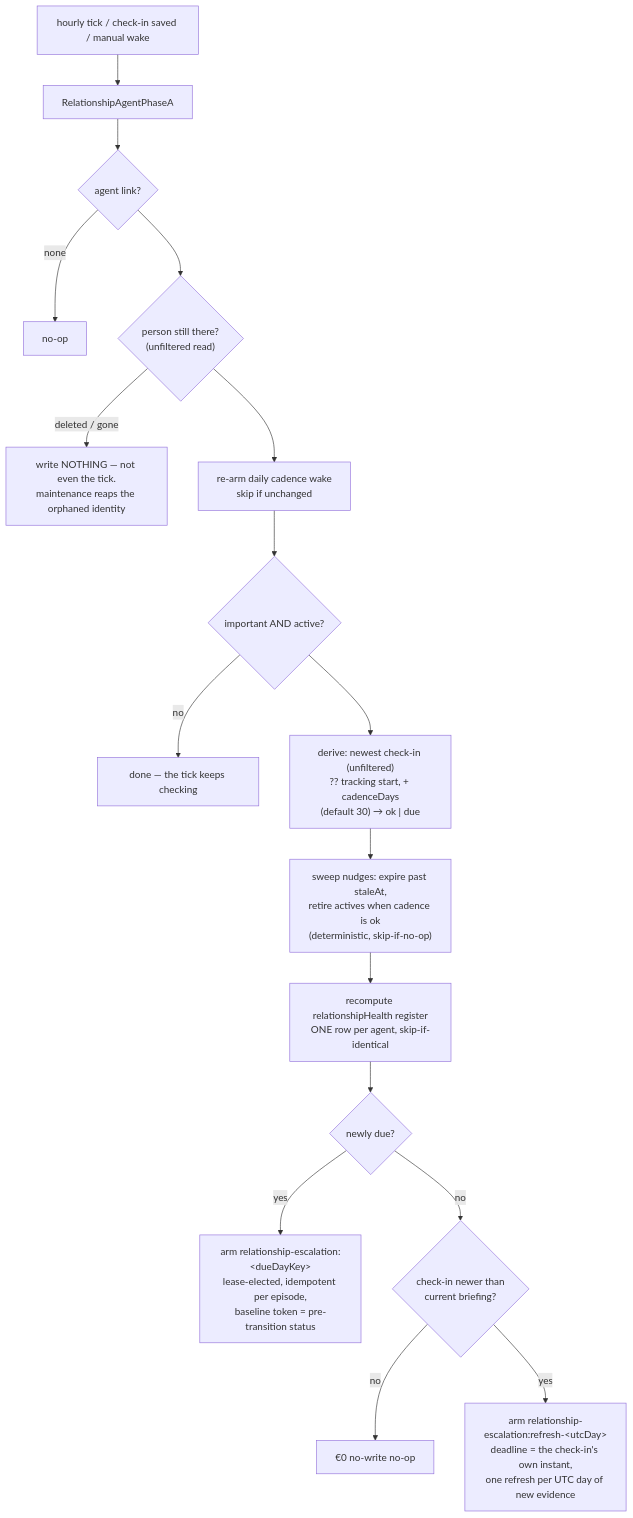
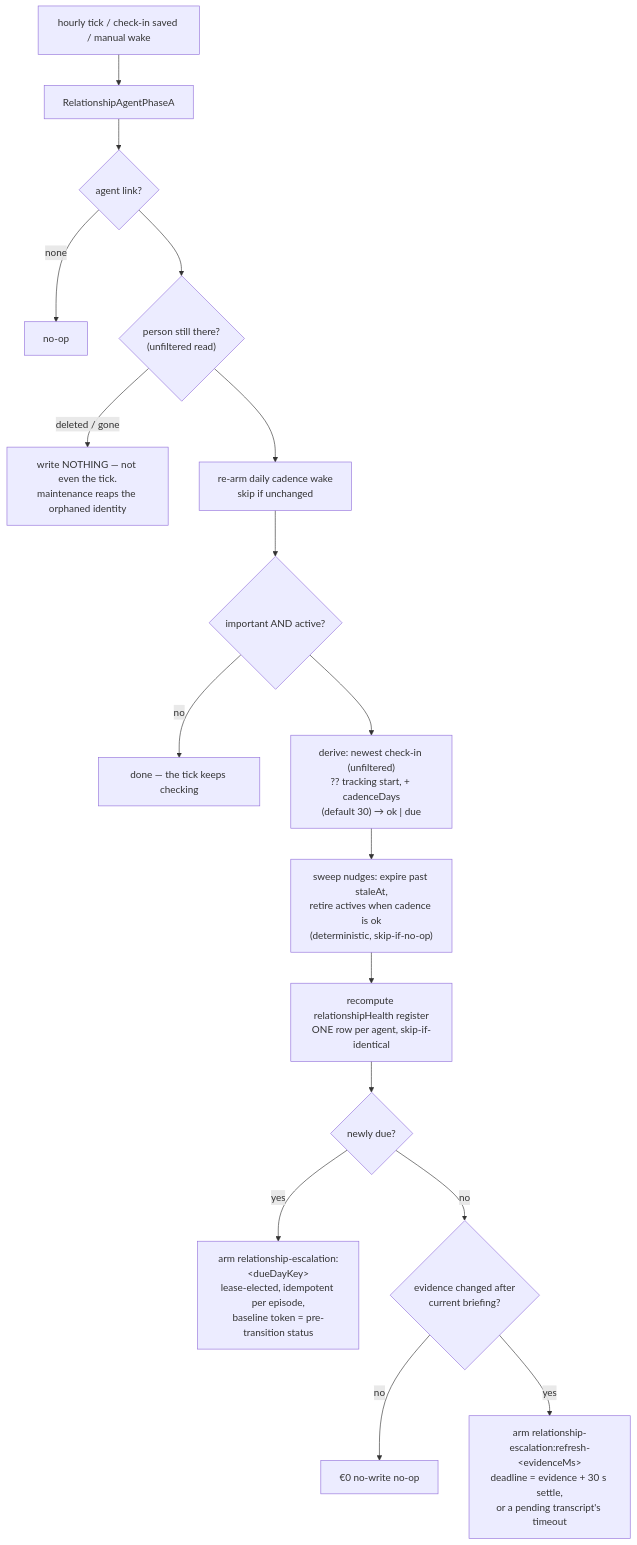
Before and after one commit to matthiasn/lotti: the fifth of 13 diagrams in knowledge/features/relationships.md, drawn with Mermaid. The commit also changed other lines of this file and 16 other files, not shown here.

First line of the commit message:
feat(relationships): let check-ins hold entries and brief on changed evidence

````diff
--- a/knowledge/features/relationships.md
+++ b/knowledge/features/relationships.md
@@ -583,19 +614,19 @@
 ```mermaid
 flowchart TD
   T[hourly tick / check-in saved / manual wake] --> A[RelationshipAgentPhaseA]
   A --> L{agent link?}
   L -->|none| OK1[no-op]
   L --> G{"person still there?<br/>(unfiltered read)"}
   G -->|"deleted / gone"| STOP["write NOTHING — not even the tick.<br/>maintenance reaps the orphaned identity"]
   G --> R[re-arm daily cadence wake<br/>skip if unchanged]
   R --> E{important AND active?}
   E -->|no| OK2[done — the tick keeps checking]
   E --> D["derive: newest check-in (unfiltered)<br/>?? tracking start, + cadenceDays<br/>(default 30) → ok | due"]
   D --> SW["sweep nudges: expire past staleAt,<br/>retire actives when cadence is ok<br/>(deterministic, skip-if-no-op)"]
   SW --> REG["recompute relationshipHealth register<br/>ONE row per agent, skip-if-identical"]
   REG --> N{"newly due?"}
   N -->|yes| ESC["arm relationship-escalation:&lt;dueDayKey&gt;<br/>lease-elected, idempotent per episode,<br/>baseline token = pre-transition status"]
-  N -->|no| ST{"check-in newer than<br/>current briefing?"}
+  N -->|no| ST{"evidence changed after<br/>current briefing?"}
   ST -->|no| OK3[€0 no-write no-op]
-  ST -->|yes| REF["arm relationship-escalation:refresh-&lt;utcDay&gt;<br/>deadline = the check-in's own instant,<br/>one refresh per UTC day of new evidence"]
+  ST -->|yes| REF["arm relationship-escalation:refresh-&lt;evidenceMs&gt;<br/>deadline = evidence + 30 s settle,<br/>or a pending transcript's timeout"]
 ```
````
